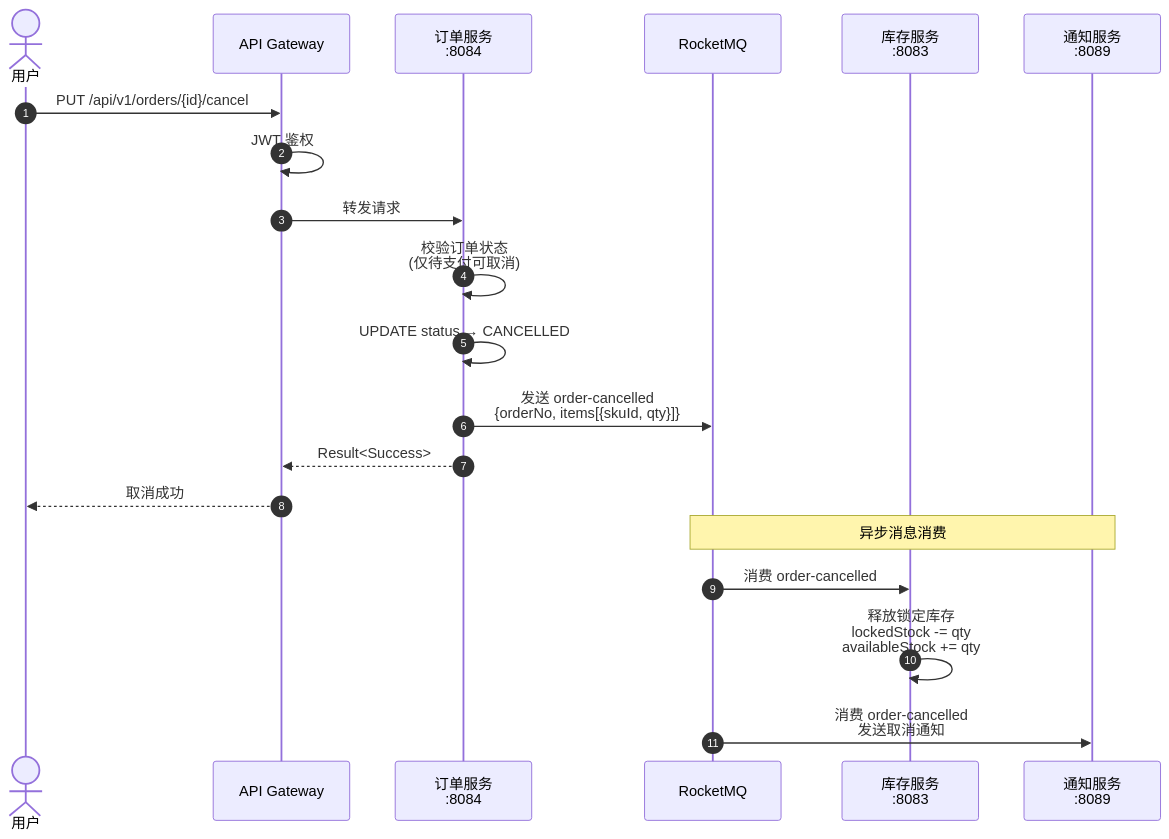
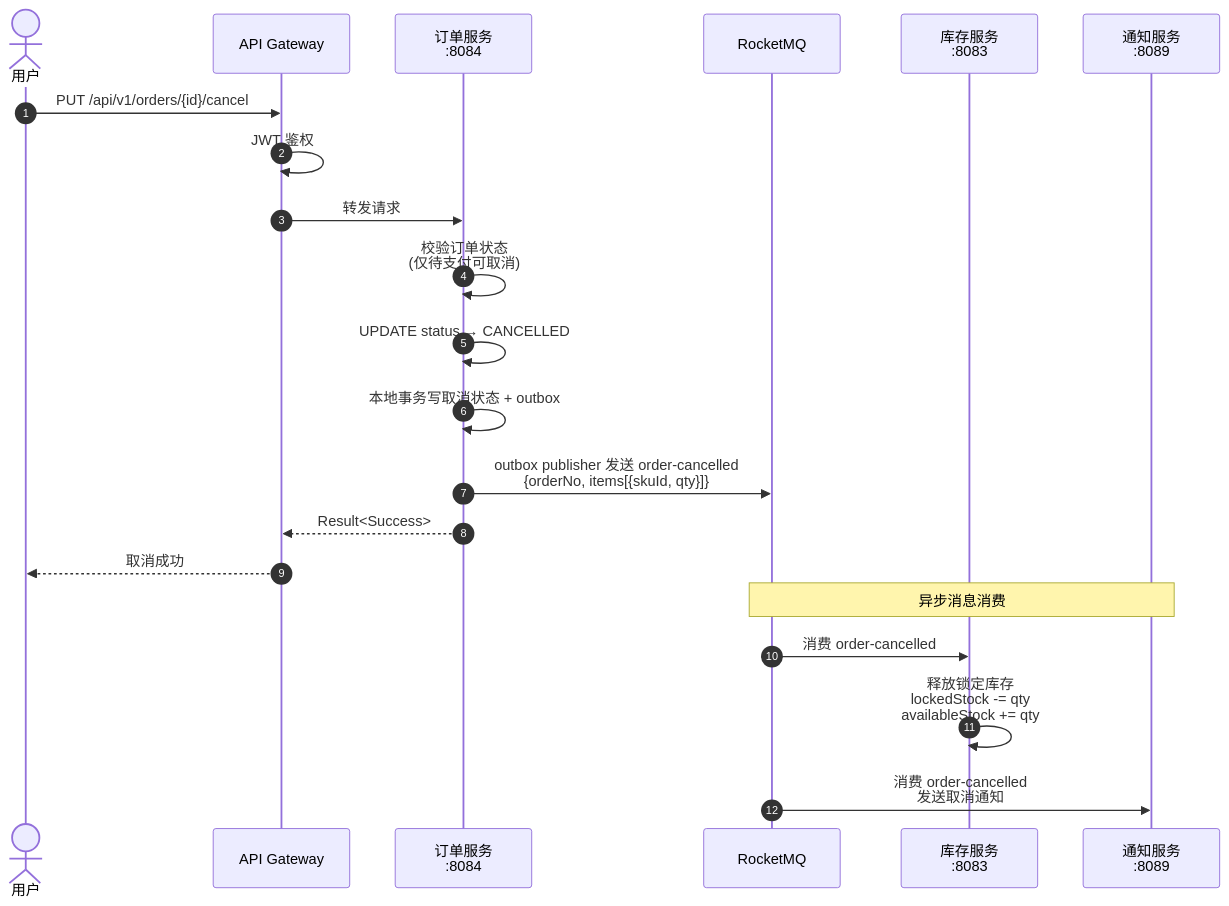
One commit to ZeYuYang1024/ecommerce-platform changed the sixth of 7 diagrams in README.md. Above: the diagram before and after it, drawn with Mermaid. The commit also changed other lines of this file and 45 other files, not shown here.

````diff
--- a/README.md
+++ b/README.md
@@ -419,29 +419,30 @@
 ```mermaid
 sequenceDiagram
     autonumber
     actor User as 用户
     participant GW as API Gateway
     participant ORDER as 订单服务<br/>:8084
     participant MQ as RocketMQ
     participant INV as 库存服务<br/>:8083
     participant NOTIFY as 通知服务<br/>:8089
 
     User->>GW: PUT /api/v1/orders/{id}/cancel
     GW->>GW: JWT 鉴权
     GW->>ORDER: 转发请求
 
     ORDER->>ORDER: 校验订单状态<br/>(仅待支付可取消)
     ORDER->>ORDER: UPDATE status → CANCELLED
 
-    ORDER->>MQ: 发送 order-cancelled<br/>{orderNo, items[{skuId, qty}]}
+    ORDER->>ORDER: 本地事务写取消状态 + outbox
+    ORDER->>MQ: outbox publisher 发送 order-cancelled<br/>{orderNo, items[{skuId, qty}]}
 
     ORDER-->>GW: Result<Success>
     GW-->>User: 取消成功
 
     Note over MQ,NOTIFY: 异步消息消费
 
     MQ->>INV: 消费 order-cancelled
     INV->>INV: 释放锁定库存<br/>lockedStock -= qty<br/>availableStock += qty
 
     MQ->>NOTIFY: 消费 order-cancelled<br/>发送取消通知
 ```
````
